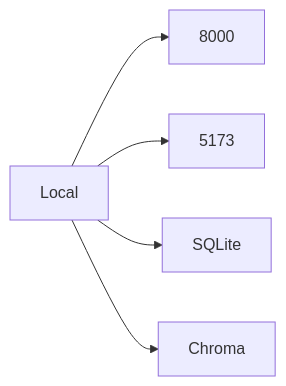
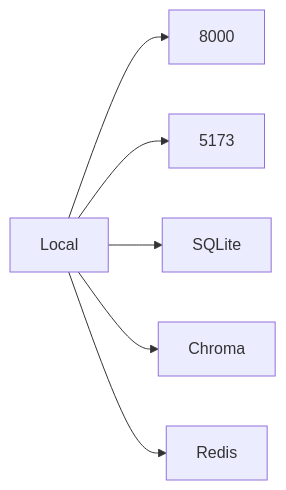
The seventh of 7 diagrams in HLD.md (9bishal/Enterprise-Document-Intelligence-System-), drawn with Mermaid before and after one commit. The commit also changed other lines of this file and 4 other files, not shown here.

````diff
--- a/HLD.md
+++ b/HLD.md
@@ -81,4 +87,4 @@
 ```mermaid
 graph LR
-    Dev[Local] --> BE2[8000] & FE2[5173] & DB2[SQLite] & VS2[Chroma]
+    Dev[Local] --> BE2[8000] & FE2[5173] & DB2[SQLite] & VS2[Chroma] & RC2[Redis]
 ```
````
